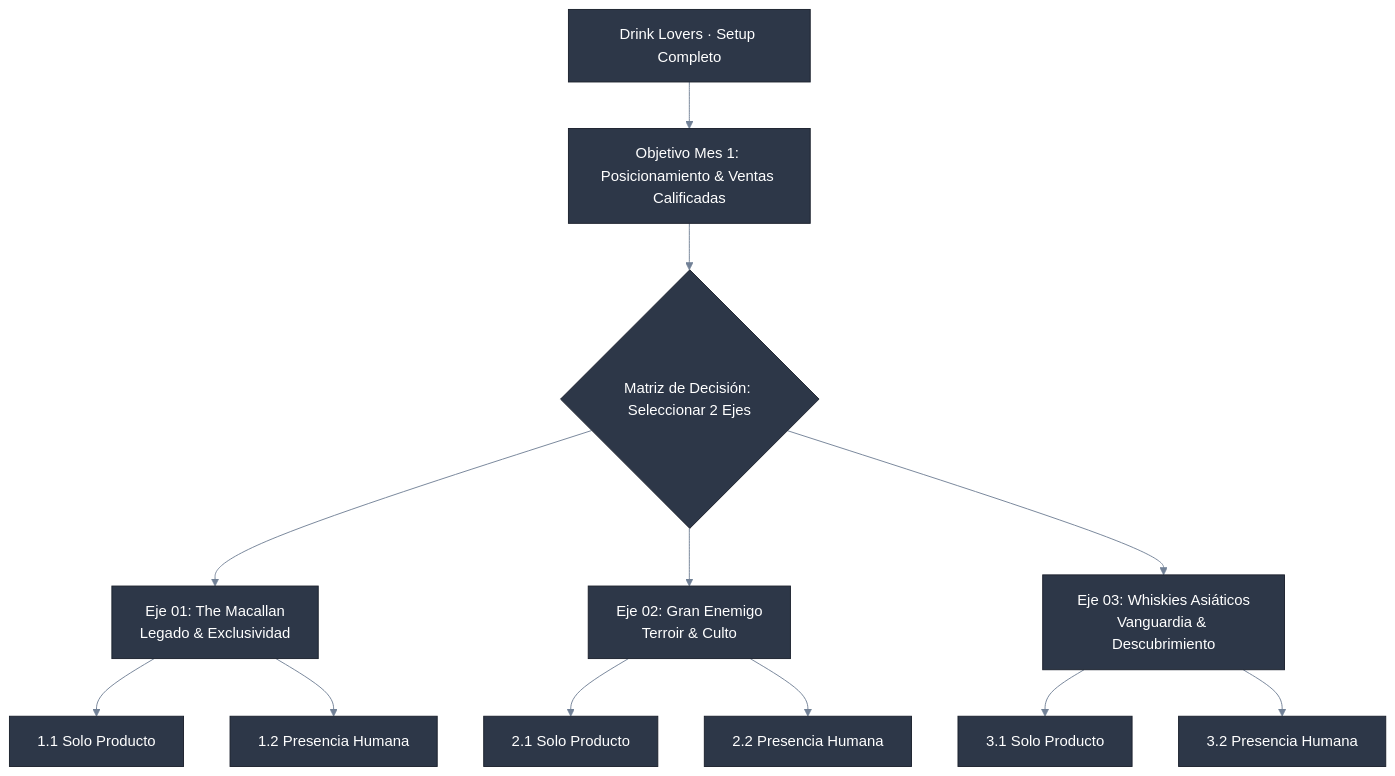
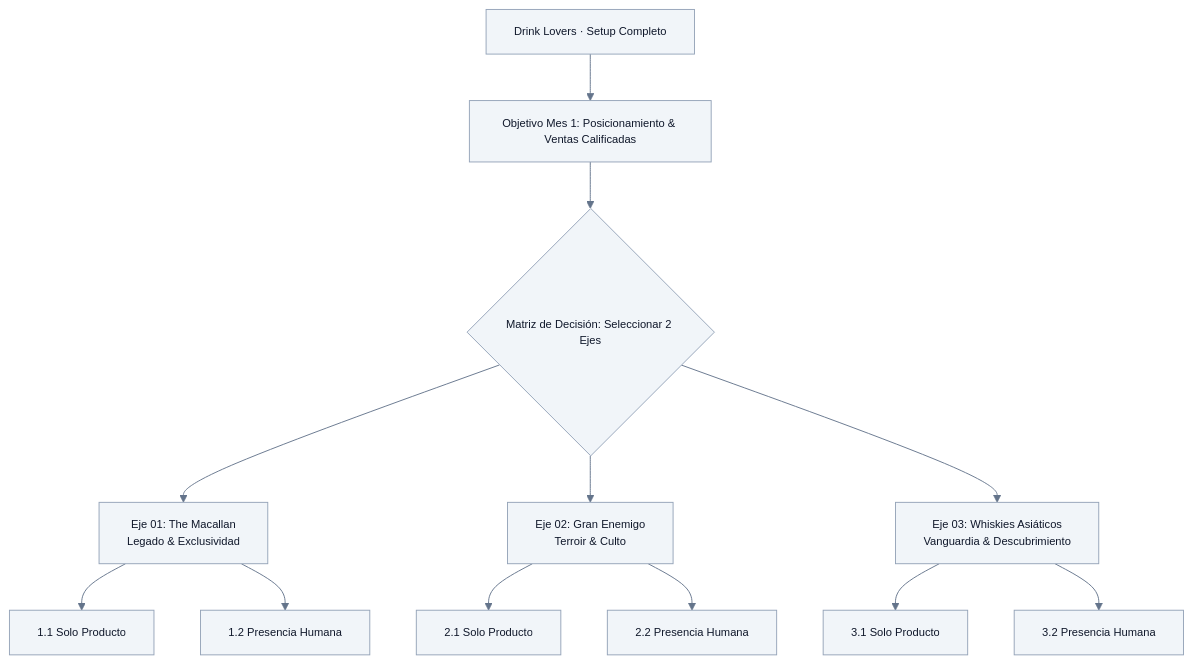
The first of 8 diagrams in releases/drinklovers/PROPUESTA_MES_1_META_ADS.md (jsrxar77/mo-baseline), drawn with Mermaid before and after one commit. The commit also changed other lines of this file, not shown here.

Commit message:
style(drinklovers): harmonize all mermaid diagrams with soft gray palette, black text, compact quadrant font and scaled gantt dates

````diff
--- a/releases/drinklovers/PROPUESTA_MES_1_META_ADS.md
+++ b/releases/drinklovers/PROPUESTA_MES_1_META_ADS.md
@@ -20,19 +20,36 @@
 ```mermaid
-%%{init: {'theme': 'base', 'themeVariables': { 'primaryColor': '#2D3748', 'primaryTextColor': '#FFFFFF', 'primaryBorderColor': '#1A202C', 'lineColor': '#718096', 'secondaryColor': '#4A5568', 'tertiaryColor': '#F7FAFC' }}}%%
+%%{init: {
+  'theme': 'base',
+  'themeVariables': {
+    'primaryColor': '#F1F5F9',
+    'primaryTextColor': '#0F172A',
+    'primaryBorderColor': '#94A3B8',
+    'lineColor': '#64748B',
+    'secondaryColor': '#E2E8F0',
+    'secondaryTextColor': '#0F172A',
+    'secondaryBorderColor': '#94A3B8',
+    'tertiaryColor': '#F8FAFC',
+    'tertiaryTextColor': '#0F172A',
+    'tertiaryBorderColor': '#CBD5E1',
+    'fontFamily': 'system-ui, -apple-system, sans-serif',
+    'fontSize': '12px'
+  },
+  'themeCSS': 'text { fill: #0F172A !important; font-family: system-ui, -apple-system, sans-serif !important; } .node rect, .node polygon { fill: #F1F5F9 !important; stroke: #94A3B8 !important; }'
+}}%%
 graph TD
     DL["Drink Lovers · Setup Completo"] --> OBJ["Objetivo Mes 1: Posicionamiento & Ventas Calificadas"]
     OBJ --> DECISION{"Matriz de Decisión: Seleccionar 2 Ejes"}
     
     DECISION --> EJE1["Eje 01: The Macallan<br/>Legado & Exclusividad"]
     DECISION --> EJE2["Eje 02: Gran Enemigo<br/>Terroir & Culto"]
     DECISION --> EJE3["Eje 03: Whiskies Asiáticos<br/>Vanguardia & Descubrimiento"]
     
     EJE1 --> E1_1["1.1 Solo Producto"]
     EJE1 --> E1_2["1.2 Presencia Humana"]
     
     EJE2 --> E2_1["2.1 Solo Producto"]
     EJE2 --> E2_2["2.2 Presencia Humana"]
     
     EJE3 --> E3_1["3.1 Solo Producto"]
     EJE3 --> E3_2["3.2 Presencia Humana"]
 ```
````
